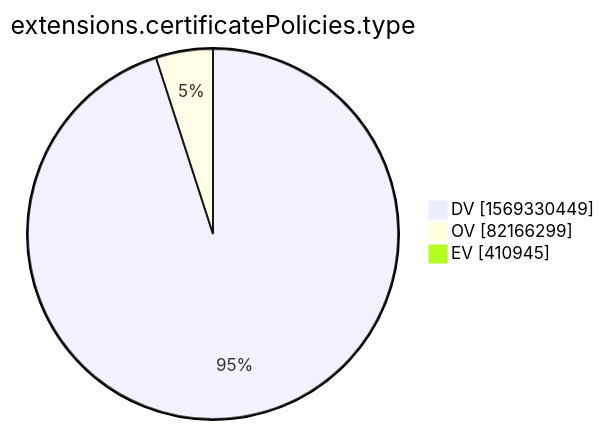
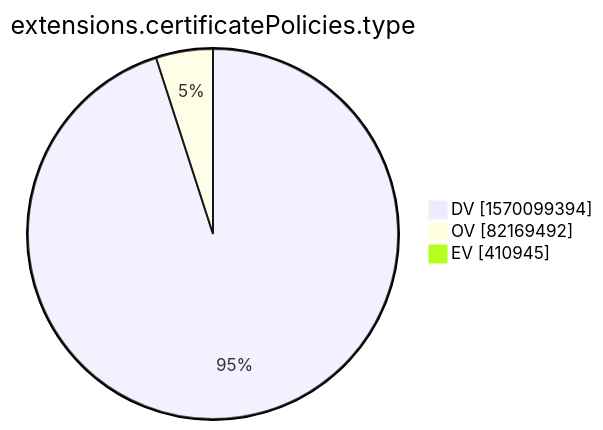
The tenth of 15 diagrams in xenon2022/README.md (christiankrug/ctmonitor_visualization), drawn with Mermaid before and after one commit. The commit also changed other lines of this file, not shown here.

````diff
--- a/xenon2022/README.md
+++ b/xenon2022/README.md
@@ -2876,7 +2876,7 @@
 ```mermaid
 pie showData
 title extensions.certificatePolicies.type
-"DV" :1569330449
-"OV" :82166299
+"DV" :1570099394
+"OV" :82169492
 "EV" :410945
 ```
````
